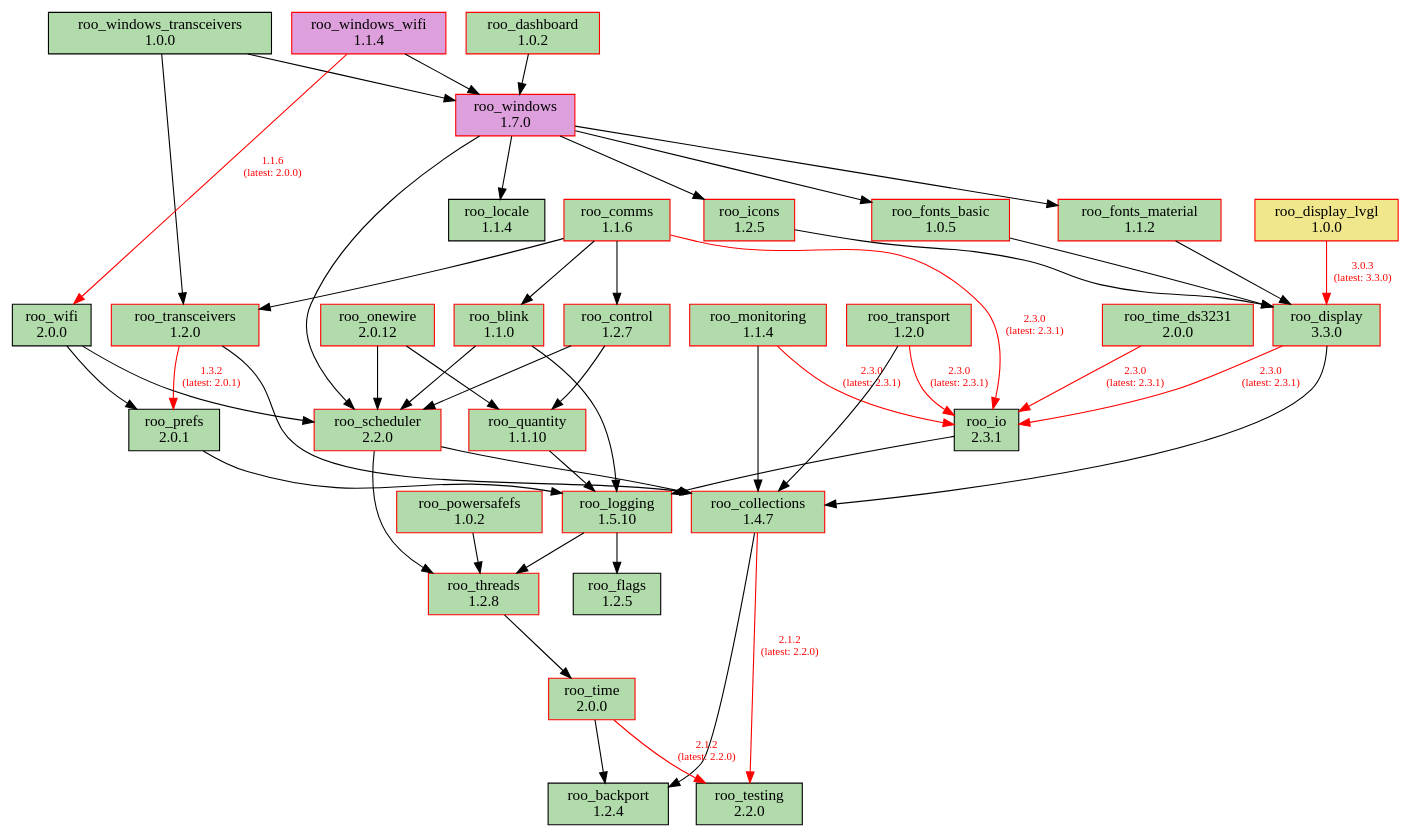
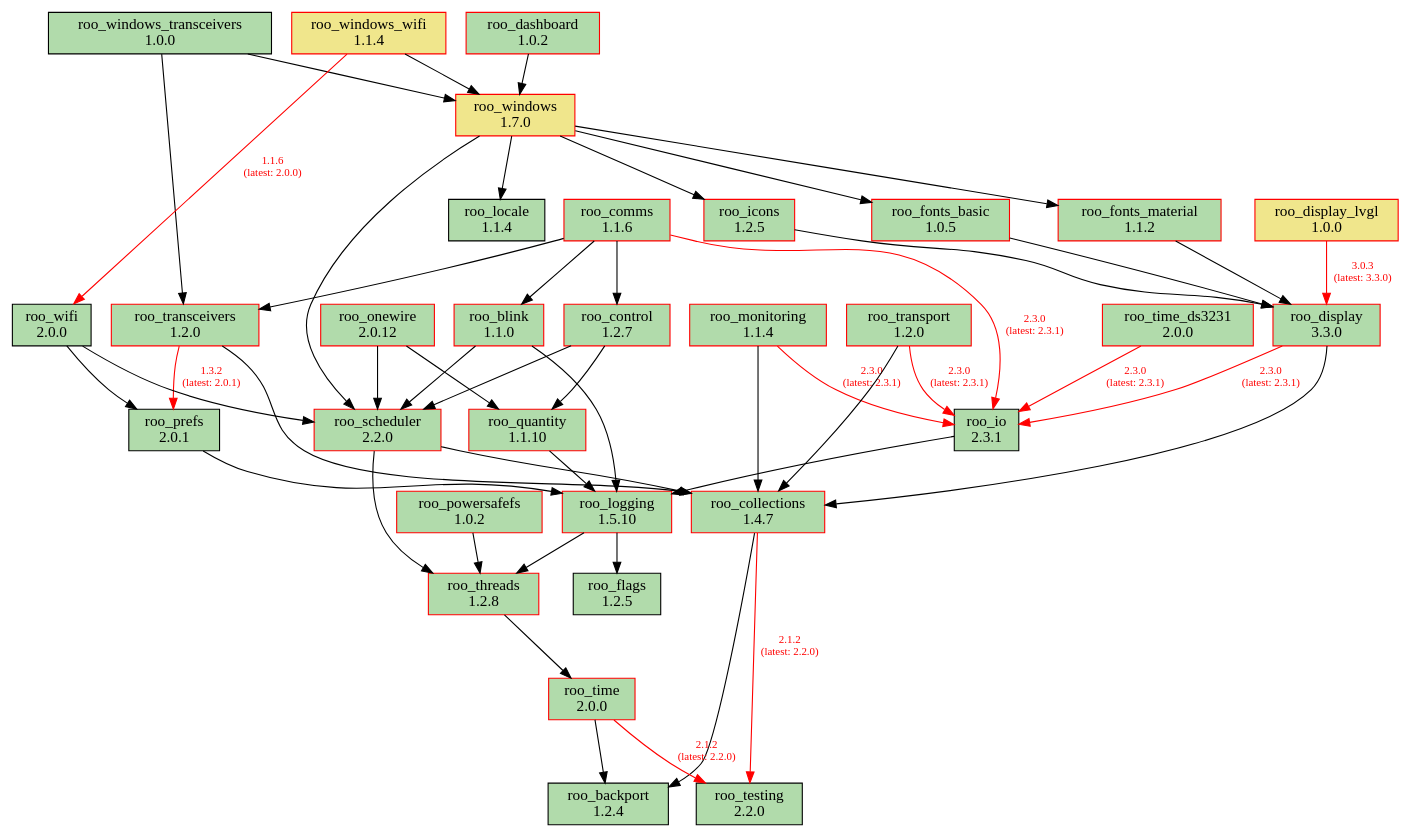
One commit to dejwk/roo-registry changed the diagram in doc/dependencies.dot. Above: the diagram before and after it, drawn with Graphviz. The commit also changed 6 other files, not shown here.

```diff
--- a/doc/dependencies.dot
+++ b/doc/dependencies.dot
@@ -1,88 +1,88 @@
 digraph dependencies {
     rankdir=TB;
     node [shape=box, style=filled];
     edge [fontsize=10];
 
     // Modules
     "roo_backport" [label="roo_backport\n1.2.4", fillcolor="#b1dbab", color="black"];
     "roo_blink" [label="roo_blink\n1.1.0", fillcolor="#b1dbab", color="red"];
     "roo_collections" [label="roo_collections\n1.4.7", fillcolor="#b1dbab", color="red"];
     "roo_comms" [label="roo_comms\n1.1.6", fillcolor="#b1dbab", color="red"];
     "roo_control" [label="roo_control\n1.2.7", fillcolor="#b1dbab", color="red"];
     "roo_dashboard" [label="roo_dashboard\n1.0.2", fillcolor="#b1dbab", color="red"];
     "roo_display" [label="roo_display\n3.3.0", fillcolor="#b1dbab", color="red"];
     "roo_display_lvgl" [label="roo_display_lvgl\n1.0.0", fillcolor="khaki", color="red"];
     "roo_flags" [label="roo_flags\n1.2.5", fillcolor="#b1dbab", color="black"];
     "roo_fonts_basic" [label="roo_fonts_basic\n1.0.5", fillcolor="#b1dbab", color="red"];
     "roo_fonts_material" [label="roo_fonts_material\n1.1.2", fillcolor="#b1dbab", color="red"];
     "roo_icons" [label="roo_icons\n1.2.5", fillcolor="#b1dbab", color="red"];
     "roo_io" [label="roo_io\n2.3.1", fillcolor="#b1dbab", color="black"];
     "roo_locale" [label="roo_locale\n1.1.4", fillcolor="#b1dbab", color="black"];
     "roo_logging" [label="roo_logging\n1.5.10", fillcolor="#b1dbab", color="red"];
     "roo_monitoring" [label="roo_monitoring\n1.1.4", fillcolor="#b1dbab", color="red"];
     "roo_onewire" [label="roo_onewire\n2.0.12", fillcolor="#b1dbab", color="red"];
     "roo_powersafefs" [label="roo_powersafefs\n1.0.2", fillcolor="#b1dbab", color="red"];
     "roo_prefs" [label="roo_prefs\n2.0.1", fillcolor="#b1dbab", color="black"];
     "roo_quantity" [label="roo_quantity\n1.1.10", fillcolor="#b1dbab", color="red"];
     "roo_scheduler" [label="roo_scheduler\n2.2.0", fillcolor="#b1dbab", color="red"];
     "roo_testing" [label="roo_testing\n2.2.0", fillcolor="#b1dbab", color="black"];
     "roo_threads" [label="roo_threads\n1.2.8", fillcolor="#b1dbab", color="red"];
     "roo_time" [label="roo_time\n2.0.0", fillcolor="#b1dbab", color="red"];
     "roo_time_ds3231" [label="roo_time_ds3231\n2.0.0", fillcolor="#b1dbab", color="red"];
     "roo_transceivers" [label="roo_transceivers\n1.2.0", fillcolor="#b1dbab", color="red"];
     "roo_transport" [label="roo_transport\n1.2.0", fillcolor="#b1dbab", color="red"];
     "roo_wifi" [label="roo_wifi\n2.0.0", fillcolor="#b1dbab", color="black"];
-    "roo_windows" [label="roo_windows\n1.7.0", fillcolor="plum", color="red"];
+    "roo_windows" [label="roo_windows\n1.7.0", fillcolor="khaki", color="red"];
     "roo_windows_transceivers" [label="roo_windows_transceivers\n1.0.0", fillcolor="#b1dbab", color="black"];
-    "roo_windows_wifi" [label="roo_windows_wifi\n1.1.4", fillcolor="plum", color="red"];
+    "roo_windows_wifi" [label="roo_windows_wifi\n1.1.4", fillcolor="khaki", color="red"];
 
     // Dependencies
     "roo_blink" -> "roo_logging";
     "roo_blink" -> "roo_scheduler";
     "roo_collections" -> "roo_testing" [color=red, fontcolor=red, label="2.1.2\n(latest: 2.2.0)"];
     "roo_collections" -> "roo_backport";
     "roo_comms" -> "roo_blink";
     "roo_comms" -> "roo_control";
     "roo_comms" -> "roo_io" [color=red, fontcolor=red, label="2.3.0\n(latest: 2.3.1)"];
     "roo_comms" -> "roo_transceivers";
     "roo_control" -> "roo_quantity";
     "roo_control" -> "roo_scheduler";
     "roo_dashboard" -> "roo_windows";
     "roo_display" -> "roo_collections";
     "roo_display" -> "roo_io" [color=red, fontcolor=red, label="2.3.0\n(latest: 2.3.1)"];
     "roo_display_lvgl" -> "roo_display" [color=red, fontcolor=red, label="3.0.3\n(latest: 3.3.0)"];
     "roo_fonts_basic" -> "roo_display";
     "roo_fonts_material" -> "roo_display";
     "roo_icons" -> "roo_display";
     "roo_io" -> "roo_logging";
     "roo_logging" -> "roo_flags";
     "roo_logging" -> "roo_threads";
     "roo_monitoring" -> "roo_collections";
     "roo_monitoring" -> "roo_io" [color=red, fontcolor=red, label="2.3.0\n(latest: 2.3.1)"];
     "roo_onewire" -> "roo_scheduler";
     "roo_onewire" -> "roo_quantity";
     "roo_powersafefs" -> "roo_threads";
     "roo_prefs" -> "roo_logging";
     "roo_quantity" -> "roo_logging";
     "roo_scheduler" -> "roo_collections";
     "roo_scheduler" -> "roo_threads";
     "roo_threads" -> "roo_time";
     "roo_time" -> "roo_testing" [color=red, fontcolor=red, label="2.1.2\n(latest: 2.2.0)"];
     "roo_time" -> "roo_backport";
     "roo_time_ds3231" -> "roo_io" [color=red, fontcolor=red, label="2.3.0\n(latest: 2.3.1)"];
     "roo_transceivers" -> "roo_collections";
     "roo_transceivers" -> "roo_prefs" [color=red, fontcolor=red, label="1.3.2\n(latest: 2.0.1)"];
     "roo_transport" -> "roo_collections";
     "roo_transport" -> "roo_io" [color=red, fontcolor=red, label="2.3.0\n(latest: 2.3.1)"];
     "roo_wifi" -> "roo_prefs";
     "roo_wifi" -> "roo_scheduler";
     "roo_windows" -> "roo_fonts_basic";
     "roo_windows" -> "roo_fonts_material";
     "roo_windows" -> "roo_locale";
     "roo_windows" -> "roo_icons";
     "roo_windows" -> "roo_scheduler";
     "roo_windows_transceivers" -> "roo_transceivers";
     "roo_windows_transceivers" -> "roo_windows";
     "roo_windows_wifi" -> "roo_wifi" [color=red, fontcolor=red, label="1.1.6\n(latest: 2.0.0)"];
     "roo_windows_wifi" -> "roo_windows";
 }
```
